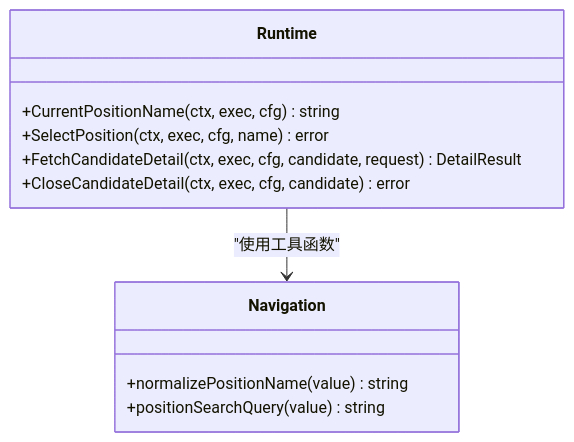
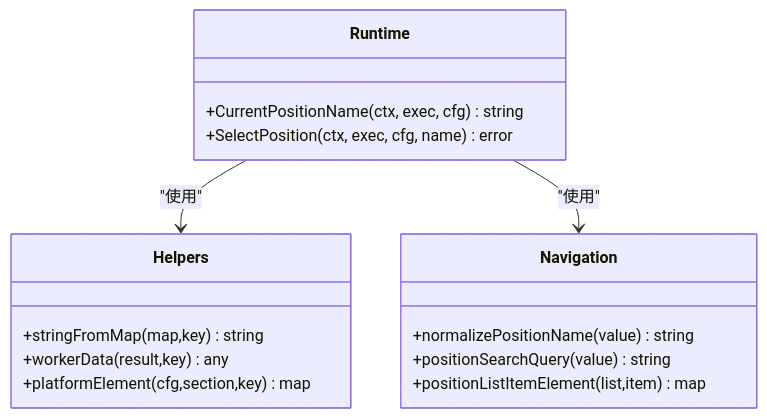
The fourth of 7 diagrams in .qoder/repowiki/zh/content/本地执行器/平台适配器/前程无忧适配器/职位管理.md (alvinwangzi/goodhr), drawn with Mermaid before and after one commit. The commit also changed other lines of this file and 149 other files, not shown here.

````diff
--- a/.qoder/repowiki/zh/content/本地执行器/平台适配器/前程无忧适配器/职位管理.md
+++ b/.qoder/repowiki/zh/content/本地执行器/平台适配器/前程无忧适配器/职位管理.md
@@ -192,14 +179,19 @@
 ```mermaid
 classDiagram
 class Runtime {
 +CurrentPositionName(ctx, exec, cfg) string
 +SelectPosition(ctx, exec, cfg, name) error
-+FetchCandidateDetail(ctx, exec, cfg, candidate, request) DetailResult
-+CloseCandidateDetail(ctx, exec, cfg, candidate) error
+}
+class Helpers {
++stringFromMap(map,key) string
++workerData(result,key) any
++platformElement(cfg,section,key) map
 }
 class Navigation {
 +normalizePositionName(value) string
 +positionSearchQuery(value) string
++positionListItemElement(list,item) map
 }
-Runtime --> Navigation : "使用工具函数"
+Runtime --> Helpers : "使用"
+Runtime --> Navigation : "使用"
 ```
````
